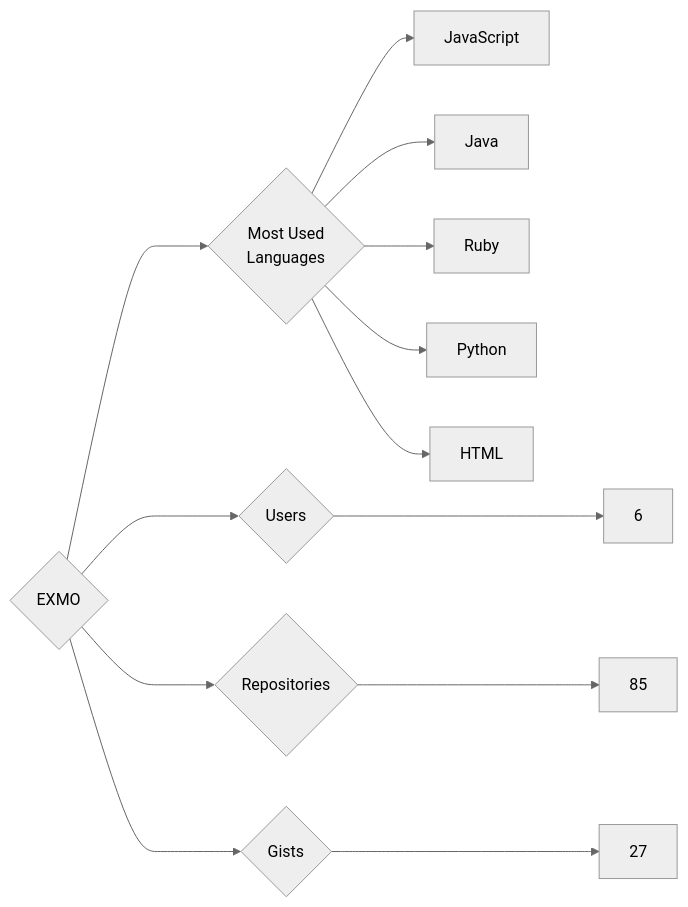
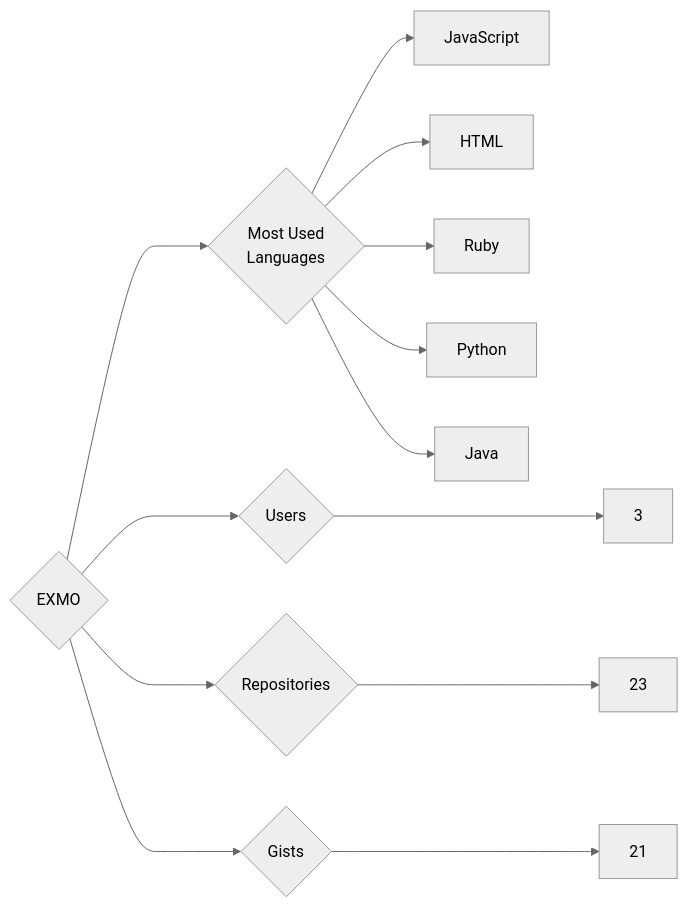
The diagram in targets/EXMO/README.md (trickest/insiders), drawn with Mermaid (neutral theme) before and after one commit. The commit also changed 934 other files, not shown here.

````diff
--- a/targets/EXMO/README.md
+++ b/targets/EXMO/README.md
@@ -3,13 +3,13 @@
 ```mermaid
 graph LR
 COMPANY_NAME{EXMO}
-COMPANY_NAME ---> U{Users} ---> UN[6]
-COMPANY_NAME ---> R{Repositories} ---> RN[85]
-COMPANY_NAME ---> G{Gists} ---> GN[27]
+COMPANY_NAME ---> U{Users} ---> UN[3]
+COMPANY_NAME ---> R{Repositories} ---> RN[23]
+COMPANY_NAME ---> G{Gists} ---> GN[21]
 COMPANY_NAME ---> ML{Most Used<br>Languages}
 ML --> JavaScript[JavaScript]
-ML --> Java[Java]
+ML --> HTML[HTML]
 ML --> Ruby[Ruby]
 ML --> Python[Python]
-ML --> HTML[HTML]
+ML --> Java[Java]
 ```
````
